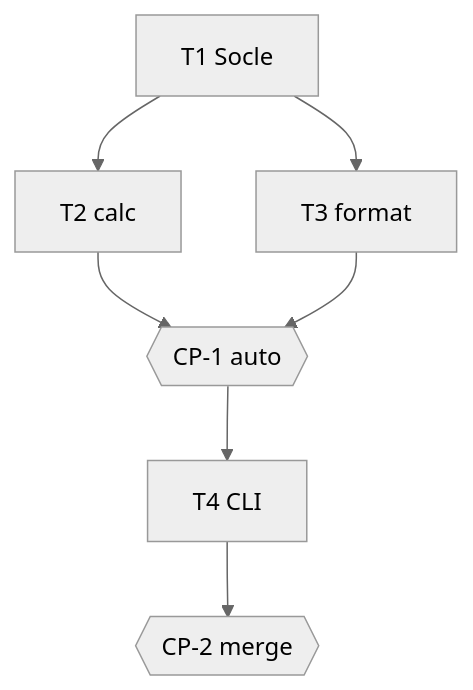
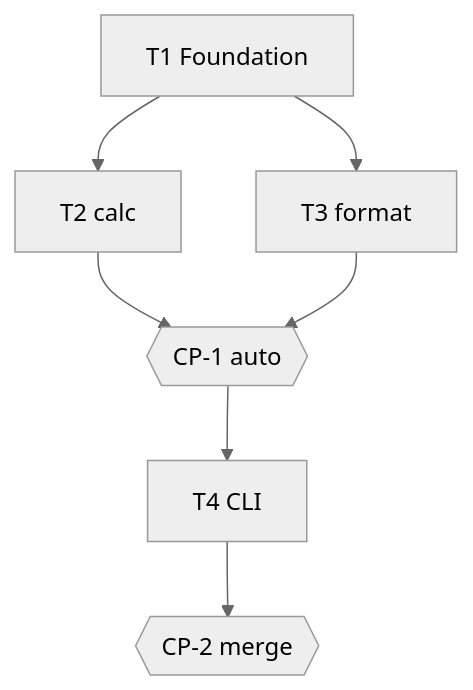
Before and after one commit to antoinelef23/Claudo: the diagram in work/devis-pose/tasks.md, drawn with Mermaid (neutral theme). The commit also changed other lines of this file and 85 other files, not shown here.

````diff
--- a/work/devis-pose/tasks.md
+++ b/work/devis-pose/tasks.md
@@ -16,9 +16,9 @@
 ```mermaid
 flowchart TD
-    T1[T1 Socle] --> T2[T2 calc]
+    T1[T1 Foundation] --> T2[T2 calc]
     T1 --> T3[T3 format]
     T2 --> CP1{{CP-1 auto}}
     T3 --> CP1
     CP1 --> T4[T4 CLI]
     T4 --> CP2{{CP-2 merge}}
 ```
````
